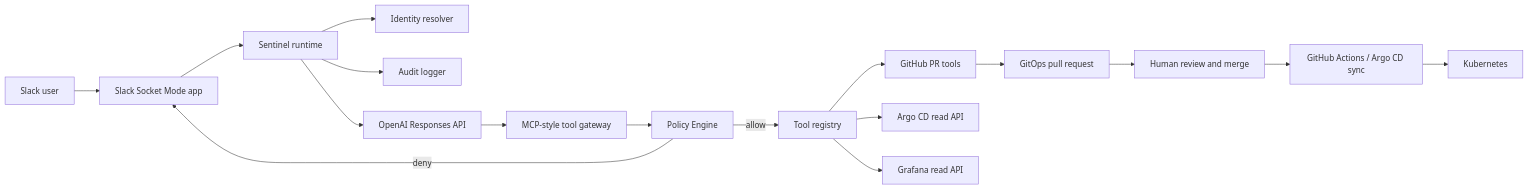
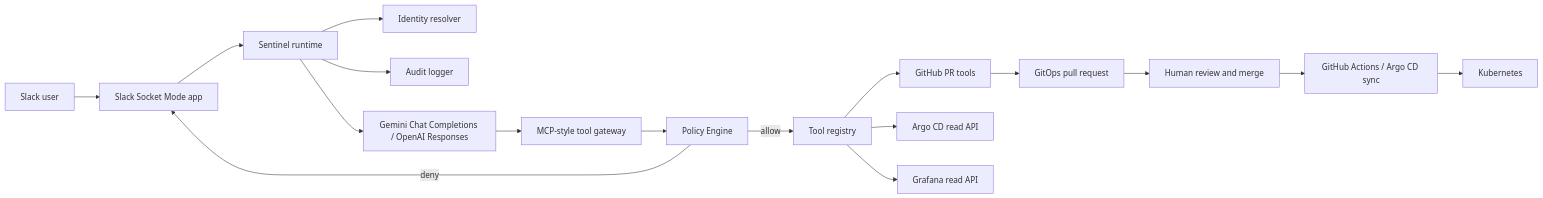
Before and after one commit to downfa11/cluster-sentinel: the first of 2 diagrams in README.md, drawn with Mermaid. The commit also changed other lines of this file and 5 other files, not shown here.

````diff
--- a/README.md
+++ b/README.md
@@ -13,19 +13,19 @@
 ```mermaid
 flowchart LR
     U[Slack user] --> S[Slack Socket Mode app]
     S --> R[Sentinel runtime]
     R --> I[Identity resolver]
     R --> A[Audit logger]
-    R --> L[OpenAI Responses API]
+    R --> L[Gemini Chat Completions / OpenAI Responses]
     L --> M[MCP-style tool gateway]
     M --> P[Policy Engine]
     P -->|allow| T[Tool registry]
     P -->|deny| S
     T --> G[GitHub PR tools]
     T --> C[Argo CD read API]
     T --> F[Grafana read API]
     G --> PR[GitOps pull request]
     PR --> H[Human review and merge]
     H --> CD[GitHub Actions / Argo CD sync]
     CD --> K[Kubernetes]
 ```
````
